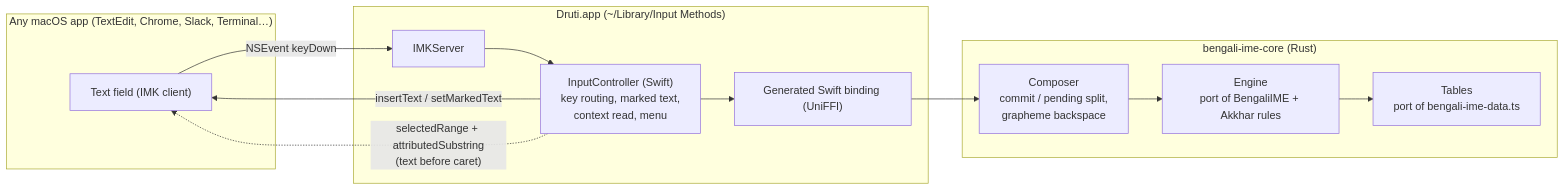
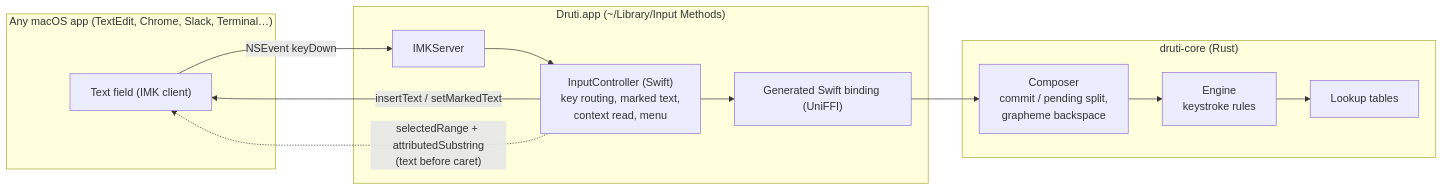
Before and after one commit to ahamed/bengali-ime: the diagram in docs/macos-input-source.md, drawn with Mermaid. The commit also changed other lines of this file and 61 other files, not shown here.

First line of the commit message:
Remove the TypeScript engine; freeze the fixtures as golden data

````diff
--- a/docs/macos-input-source.md
+++ b/docs/macos-input-source.md
@@ -43,20 +48,20 @@
 ```mermaid
 flowchart LR
   subgraph App["Any macOS app (TextEdit, Chrome, Slack, Terminal…)"]
     Field["Text field (IMK client)"]
   end
   subgraph IM["Druti.app (~/Library/Input Methods)"]
     Server["IMKServer"]
     Ctrl["InputController (Swift)<br/>key routing, marked text,<br/>context read, menu"]
     Bind["Generated Swift binding (UniFFI)"]
   end
-  subgraph Rust["bengali-ime-core (Rust)"]
+  subgraph Rust["druti-core (Rust)"]
     Composer["Composer<br/>commit / pending split,<br/>grapheme backspace"]
-    Engine["Engine<br/>port of BengaliIME + Akkhar rules"]
-    Data["Tables<br/>port of bengali-ime-data.ts"]
+    Engine["Engine<br/>keystroke rules"]
+    Data["Lookup tables"]
   end
   Field -- "NSEvent keyDown" --> Server --> Ctrl
   Ctrl --> Bind --> Composer --> Engine --> Data
   Ctrl -- "insertText / setMarkedText" --> Field
   Ctrl -. "selectedRange + attributedSubstring<br/>(text before caret)" .-> Field
 ```
````
